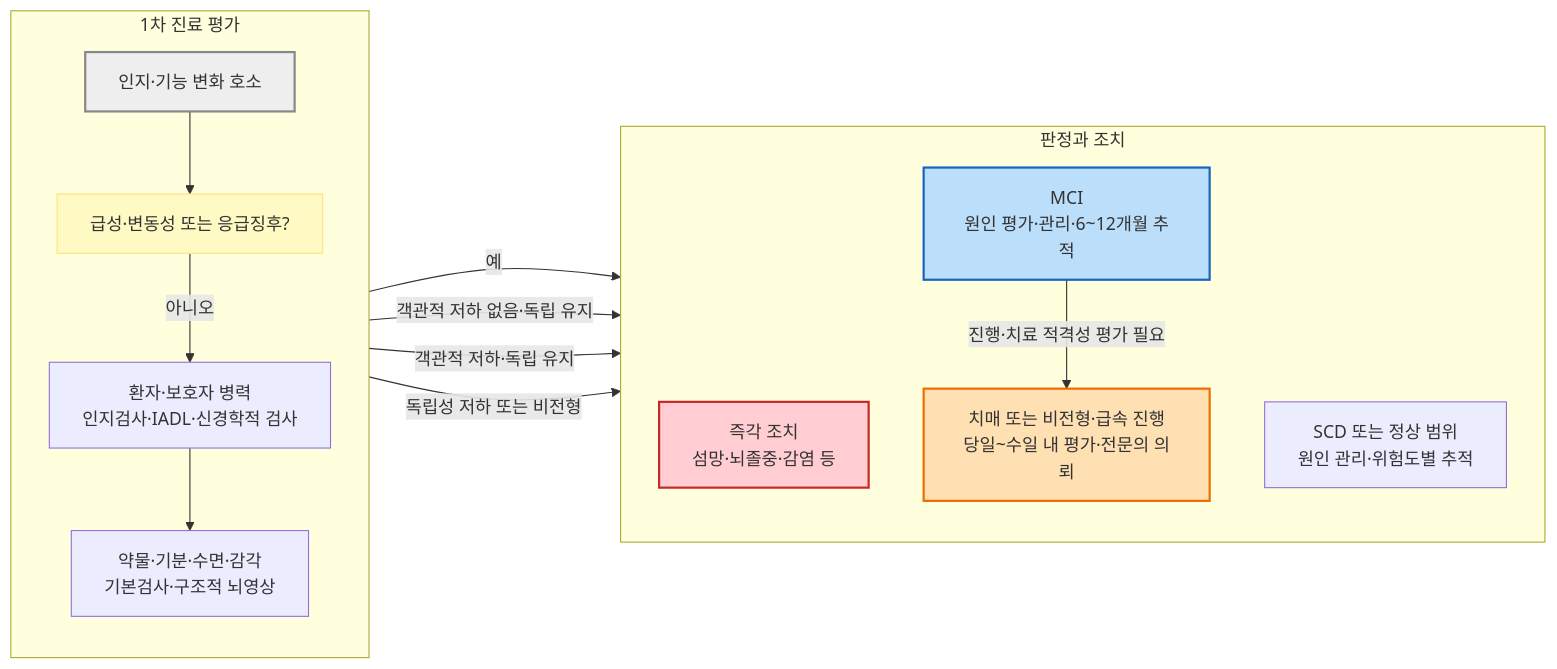
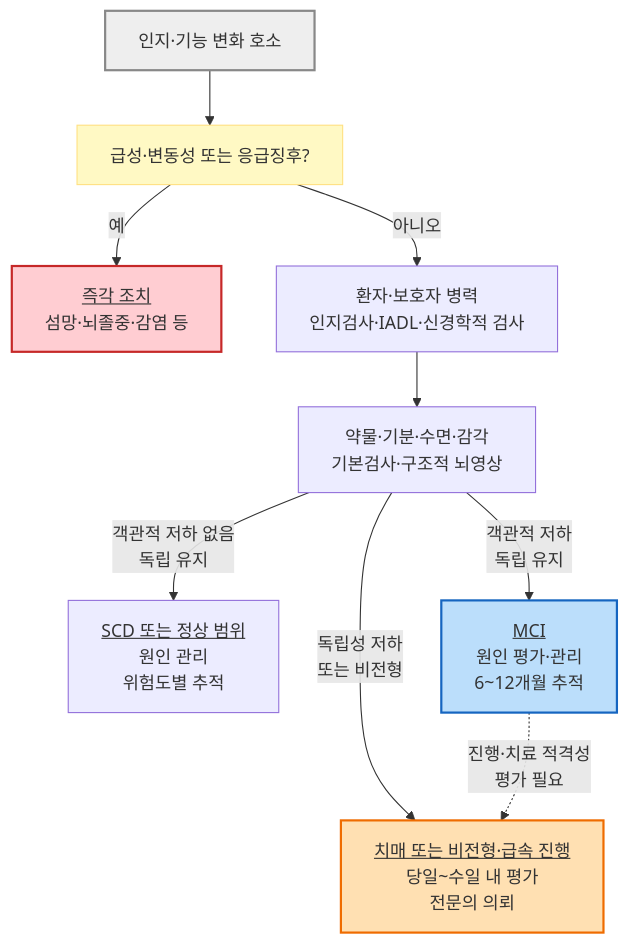
One commit to familyoh77/familyoh77 changed the diagram in 221_/032_-mild-cognitive-impairment.md. Above: the diagram before and after it, drawn with Mermaid. The commit also changed other lines of this file, not shown here.

````diff
--- a/221_/032_-mild-cognitive-impairment.md
+++ b/221_/032_-mild-cognitive-impairment.md
@@ -214,27 +224,18 @@
 ```mermaid
-flowchart LR
-    subgraph L["1차 진료 평가"]
-        direction TB
-        A["인지·기능 변화 호소"] --> B["급성·변동성 또는 응급징후?"]
-        B -->|아니오| C["환자·보호자 병력<br/>인지검사·IADL·신경학적 검사"]
-        C --> D["약물·기분·수면·감각<br/>기본검사·구조적 뇌영상"]
-    end
-    subgraph R["판정과 조치"]
-        direction TB
-        E["즉각 조치<br/>섬망·뇌졸중·감염 등"]
-        F["SCD 또는 정상 범위<br/>원인 관리·위험도별 추적"]
-        G["MCI<br/>원인 평가·관리·6~12개월 추적"]
-        H["치매 또는 비전형·급속 진행<br/>당일~수일 내 평가·전문의 의뢰"]
-    end
-    B -->|예| E
-    D -->|객관적 저하 없음·독립 유지| F
-    D -->|객관적 저하·독립 유지| G
-    D -->|독립성 저하 또는 비전형| H
-    G -->|진행·치료 적격성 평가 필요| H
+flowchart TD
+    A["인지·기능 변화 호소"] --> B["급성·변동성 또는 응급징후?"]
+    B -->|예| E["<u>즉각 조치</u><br/>섬망·뇌졸중·감염 등"]
+    B -->|아니오| C["환자·보호자 병력<br/>인지검사·IADL·신경학적 검사"]
+    C --> D["약물·기분·수면·감각<br/>기본검사·구조적 뇌영상"]
+    D -->|객관적 저하 없음<br/>독립 유지| F["<u>SCD 또는 정상 범위</u><br/>원인 관리<br/>위험도별 추적"]
+    D -->|객관적 저하<br/>독립 유지| G["<u>MCI</u><br/>원인 평가·관리<br/>6~12개월 추적"]
+    D -->|독립성 저하<br/>또는 비전형| H["<u>치매 또는 비전형·급속 진행</u><br/>당일~수일 내 평가<br/>전문의 의뢰"]
+    G -.->|진행·치료 적격성<br/>평가 필요| H
 
     style A fill:#eeeeee,stroke:#888888,stroke-width:2px
     style B fill:#fff9c4,stroke:#ffe082
     style E fill:#ffcdd2,stroke:#c62828,stroke-width:2px
     style G fill:#bbdefb,stroke:#1565c0,stroke-width:2px
     style H fill:#ffe0b2,stroke:#ef6c00,stroke-width:2px
+
 ```
````
